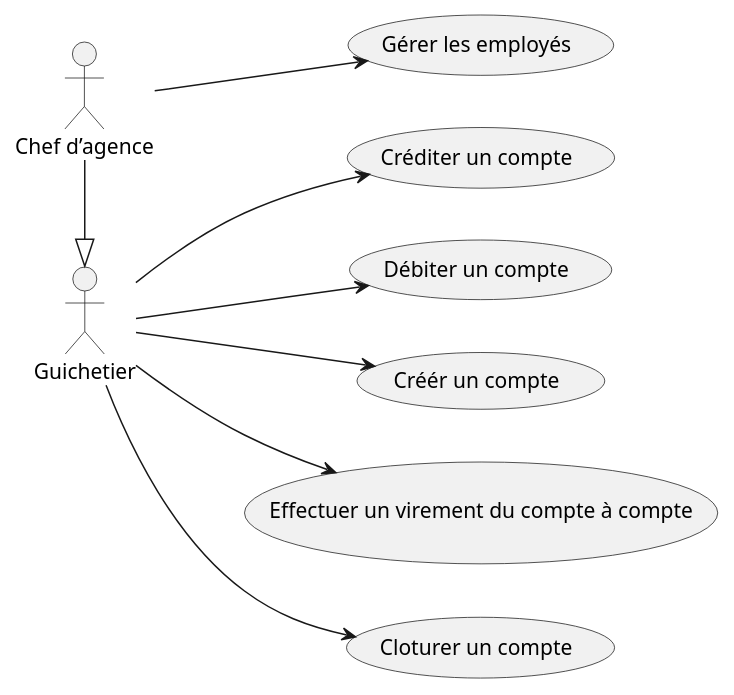
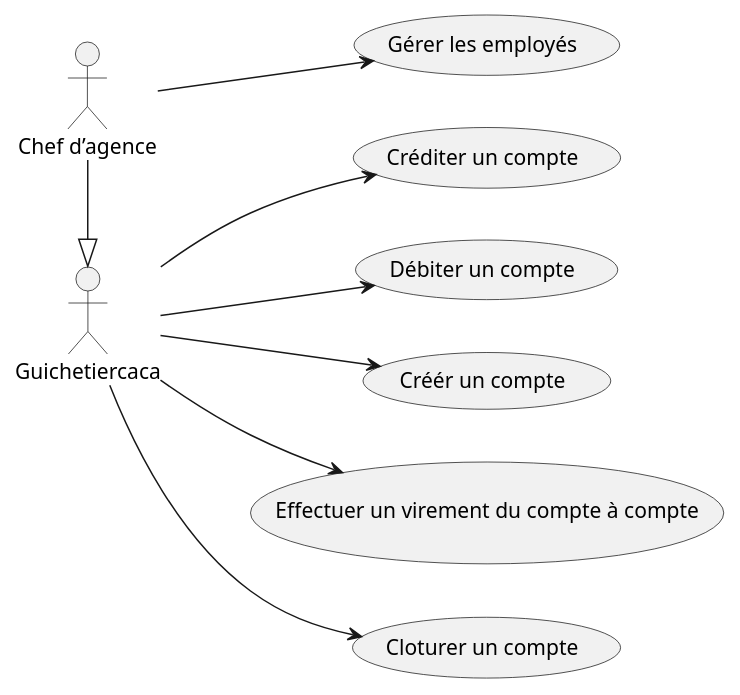
The diagram in plantUML/UseCaseGlobal.puml (IUT-Blagnac/sae2023-bank-3b1), drawn with PlantUML before and after one commit. The commit also changed 2 other files, not shown here.

```diff
--- a/plantUML/UseCaseGlobal.puml
+++ b/plantUML/UseCaseGlobal.puml
@@ -1,24 +1,24 @@
 @startuml UseCase
 left to right direction
 
-:Guichetier: as guichetier
+:Guichetiercaca: as guichetier
 :Chef d’agence: as chef
 
 (Créditer un compte) as crediter
 (Débiter un compte) as debiter
 (Créér un compte) as creer
 (Effectuer un virement du compte à compte) as virement
 (Cloturer un compte) as cloturer
 (Gérer les employés) as gerer
 
 guichetier --> crediter
 guichetier --> debiter
 guichetier --> creer
 guichetier --> virement
 guichetier --> cloturer
 chef --> gerer
 
 chef -|> guichetier
 
 
 @enduml
```
